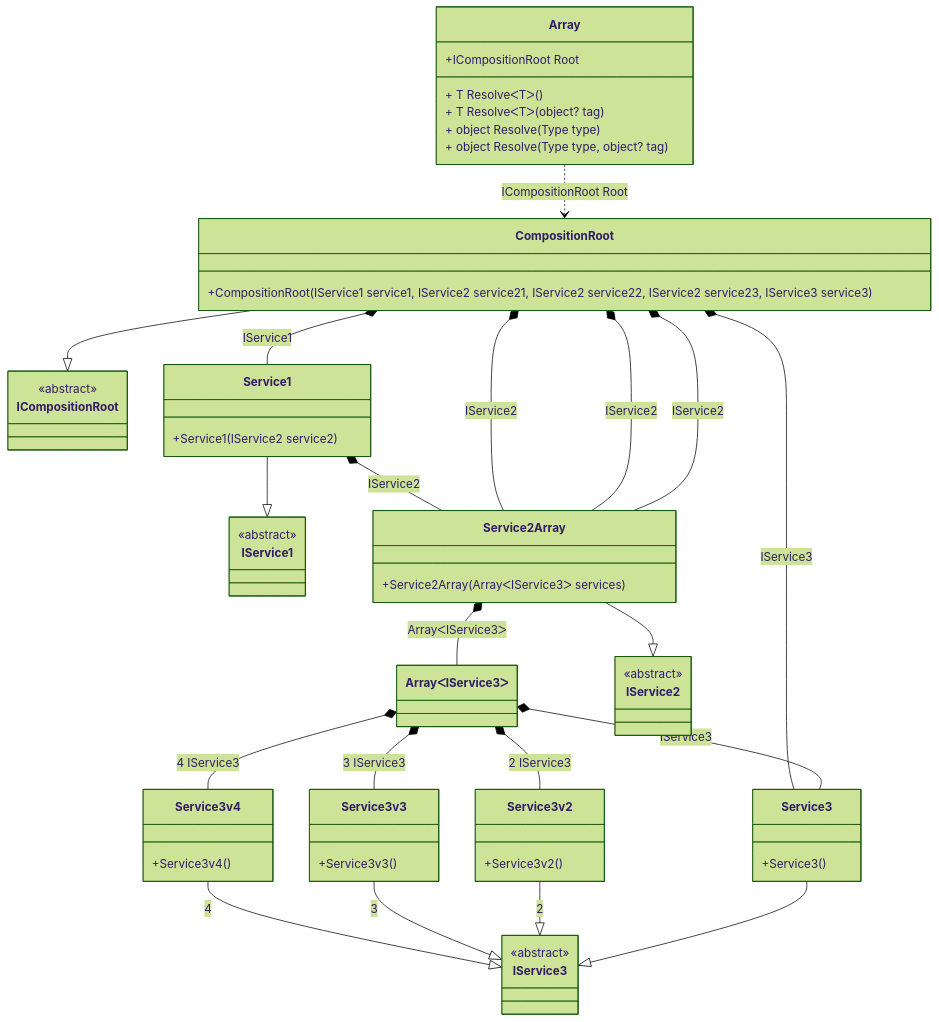
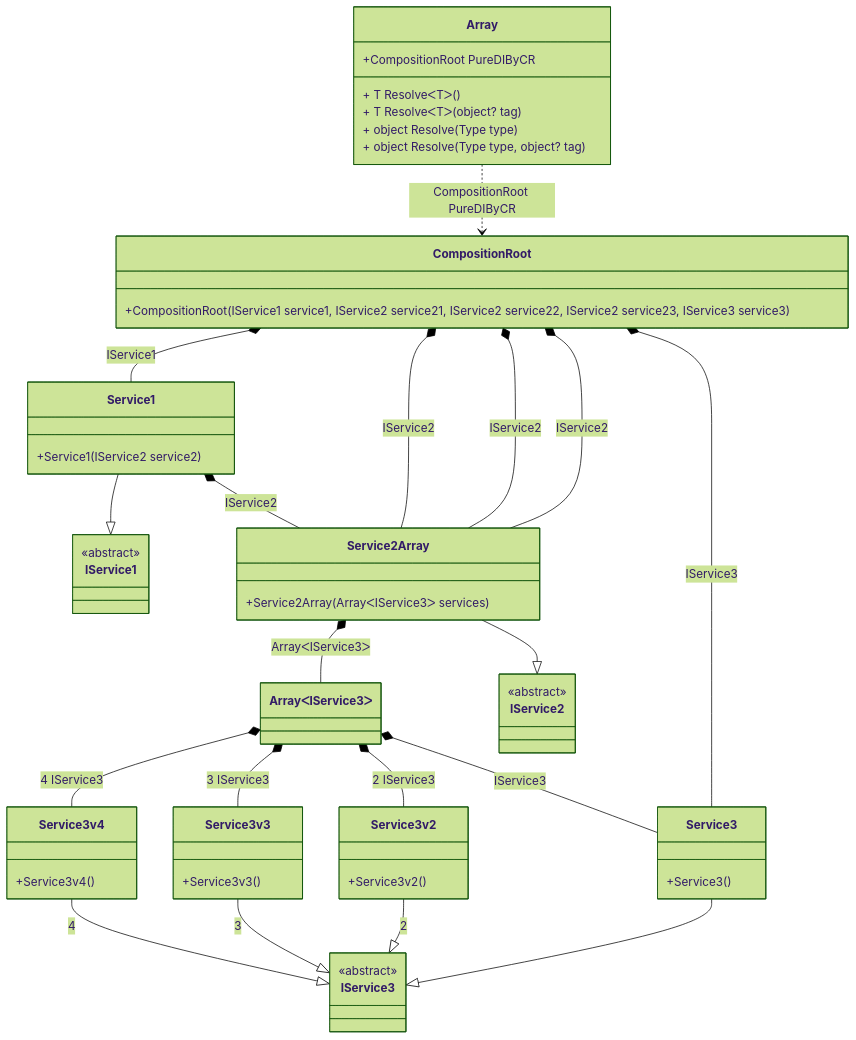
Before and after one commit to DevTeam/Pure.DI: the diagram in readme/ArrayDetails.md, drawn with Mermaid (forest theme). The commit also changed other lines of this file and 72 other files, not shown here.

````diff
--- a/readme/ArrayDetails.md
+++ b/readme/ArrayDetails.md
@@ -6,63 +6,59 @@
 ```mermaid
 classDiagram
   class Array {
-    +ICompositionRoot Root
+    +CompositionRoot PureDIByCR
     + T ResolveᐸTᐳ()
     + T ResolveᐸTᐳ(object? tag)
     + object Resolve(Type type)
     + object Resolve(Type type, object? tag)
   }
-  class ArrayᐸIService3ᐳ
-  CompositionRoot --|> ICompositionRoot : 
   class CompositionRoot {
     +CompositionRoot(IService1 service1, IService2 service21, IService2 service22, IService2 service23, IService3 service3)
   }
+  class ArrayᐸIService3ᐳ
   Service1 --|> IService1 : 
   class Service1 {
     +Service1(IService2 service2)
   }
   Service2Array --|> IService2 : 
   class Service2Array {
     +Service2Array(ArrayᐸIService3ᐳ services)
   }
   Service3 --|> IService3 : 
   class Service3 {
     +Service3()
   }
   Service3v2 --|> IService3 : 2 
   class Service3v2 {
     +Service3v2()
   }
   Service3v3 --|> IService3 : 3 
   class Service3v3 {
     +Service3v3()
   }
   Service3v4 --|> IService3 : 4 
   class Service3v4 {
     +Service3v4()
   }
-  class ICompositionRoot {
-    <<abstract>>
-  }
   class IService1 {
     <<abstract>>
   }
   class IService2 {
     <<abstract>>
   }
   class IService3 {
     <<abstract>>
   }
-  ArrayᐸIService3ᐳ *--  Service3 : IService3
-  ArrayᐸIService3ᐳ *--  Service3v2 : 2  IService3
-  ArrayᐸIService3ᐳ *--  Service3v3 : 3  IService3
-  ArrayᐸIService3ᐳ *--  Service3v4 : 4  IService3
   CompositionRoot *--  Service1 : IService1
   CompositionRoot *--  Service2Array : IService2
   CompositionRoot *--  Service2Array : IService2
   CompositionRoot *--  Service2Array : IService2
   CompositionRoot *--  Service3 : IService3
+  ArrayᐸIService3ᐳ *--  Service3 : IService3
+  ArrayᐸIService3ᐳ *--  Service3v2 : 2  IService3
+  ArrayᐸIService3ᐳ *--  Service3v3 : 3  IService3
+  ArrayᐸIService3ᐳ *--  Service3v4 : 4  IService3
   Service1 *--  Service2Array : IService2
   Service2Array *--  ArrayᐸIService3ᐳ : ArrayᐸIService3ᐳ
-  Array ..> CompositionRoot : ICompositionRoot Root
+  Array ..> CompositionRoot : CompositionRoot PureDIByCR
 ```
````
